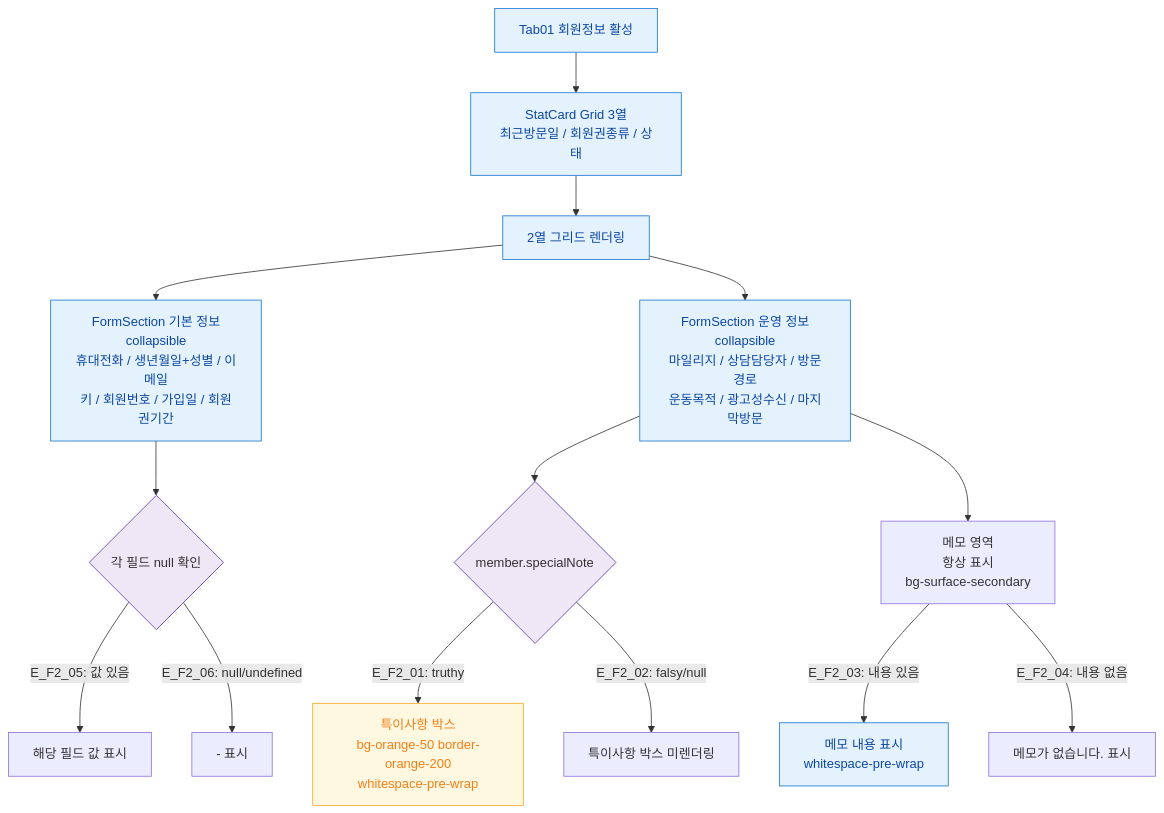
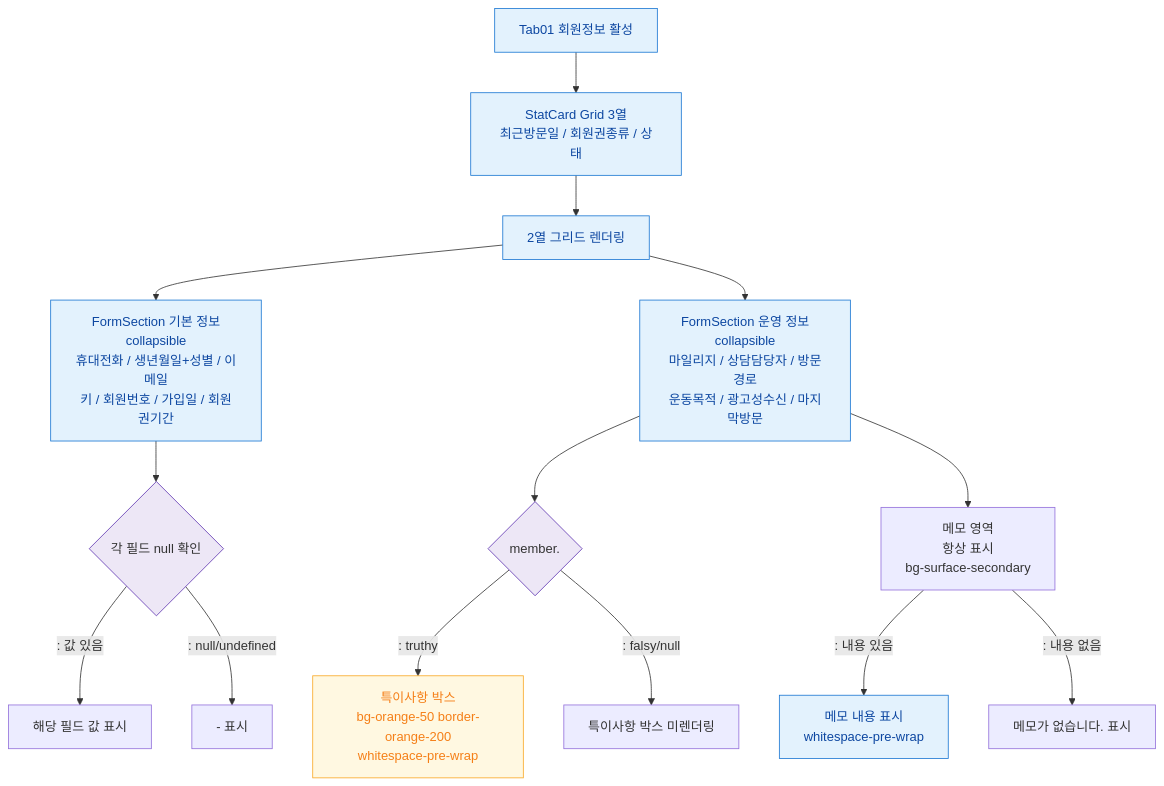
Before and after one commit to dev-spogym/admin-pando: the diagram in docs/다이어그램/D02_회원관리/SCR-M004_회원상세/Tab01_회원정보/F2_메인.md, drawn with Mermaid. The commit also changed other lines of this file and 1660 other files, not shown here.

First line of the commit message:
다이어그램: 기획자/클라이언트 납품본으로 정리

````diff
--- a/docs/다이어그램/D02_회원관리/SCR-M004_회원상세/Tab01_회원정보/F2_메인.md
+++ b/docs/다이어그램/D02_회원관리/SCR-M004_회원상세/Tab01_회원정보/F2_메인.md
@@ -22,28 +20,28 @@
 ```mermaid
 flowchart TD
   TAB[Tab01 회원정보 활성] --> STAT[StatCard Grid 3열\n최근방문일 / 회원권종류 / 상태]
 
   STAT --> GRID[2열 그리드 렌더링]
 
   GRID --> SEC_BASIC[FormSection 기본 정보\ncollapsible\n휴대전화 / 생년월일+성별 / 이메일\n키 / 회원번호 / 가입일 / 회원권기간]
   GRID --> SEC_OPS[FormSection 운영 정보\ncollapsible\n마일리지 / 상담담당자 / 방문경로\n운동목적 / 광고성수신 / 마지막방문]
 
-  SEC_OPS --> SPECIAL{member.specialNote}
-  SPECIAL -->|"E_F2_01: truthy"| SPEC_BOX[특이사항 박스\nbg-orange-50 border-orange-200\nwhitespace-pre-wrap]
-  SPECIAL -->|"E_F2_02: falsy/null"| SPEC_NONE[특이사항 박스 미렌더링]
+  SEC_OPS --> SPECIAL{member.}
+  SPECIAL -->|": truthy"|SPEC_BOX[특이사항 박스\nbg-orange-50 border-orange-200\nwhitespace-pre-wrap]
+  SPECIAL -->|": falsy/null"|SPEC_NONE[특이사항 박스 미렌더링]
 
   SEC_OPS --> MEMO[메모 영역\n항상 표시\nbg-surface-secondary]
-  MEMO -->|"E_F2_03: 내용 있음"| MEMO_CONTENT[메모 내용 표시\nwhitespace-pre-wrap]
-  MEMO -->|"E_F2_04: 내용 없음"| MEMO_EMPTY[메모가 없습니다. 표시]
+  MEMO -->|": 내용 있음"|MEMO_CONTENT[메모 내용 표시\nwhitespace-pre-wrap]
+  MEMO -->|": 내용 없음"|MEMO_EMPTY[메모가 없습니다. 표시]
 
   SEC_BASIC --> NULL_CHK{각 필드 null 확인}
-  NULL_CHK -->|"E_F2_05: 값 있음"| FIELD_VAL[해당 필드 값 표시]
-  NULL_CHK -->|"E_F2_06: null/undefined"| FIELD_DASH[- 표시]
+  NULL_CHK -->|": 값 있음"|FIELD_VAL[해당 필드 값 표시]
+  NULL_CHK -->|": null/undefined"|FIELD_DASH[- 표시]
 
   classDef screen fill:#E3F2FD,stroke:#1976D2,color:#0D47A1
   classDef system fill:#EDE7F6,stroke:#5E35B2
   classDef warning fill:#FFF8E1,stroke:#F9A825,color:#F57F17
   class TAB,STAT,GRID,SEC_BASIC,SEC_OPS,MEMO_CONTENT screen
   class SPECIAL,NULL_CHK system
   class SPEC_BOX warning
 ```
````
